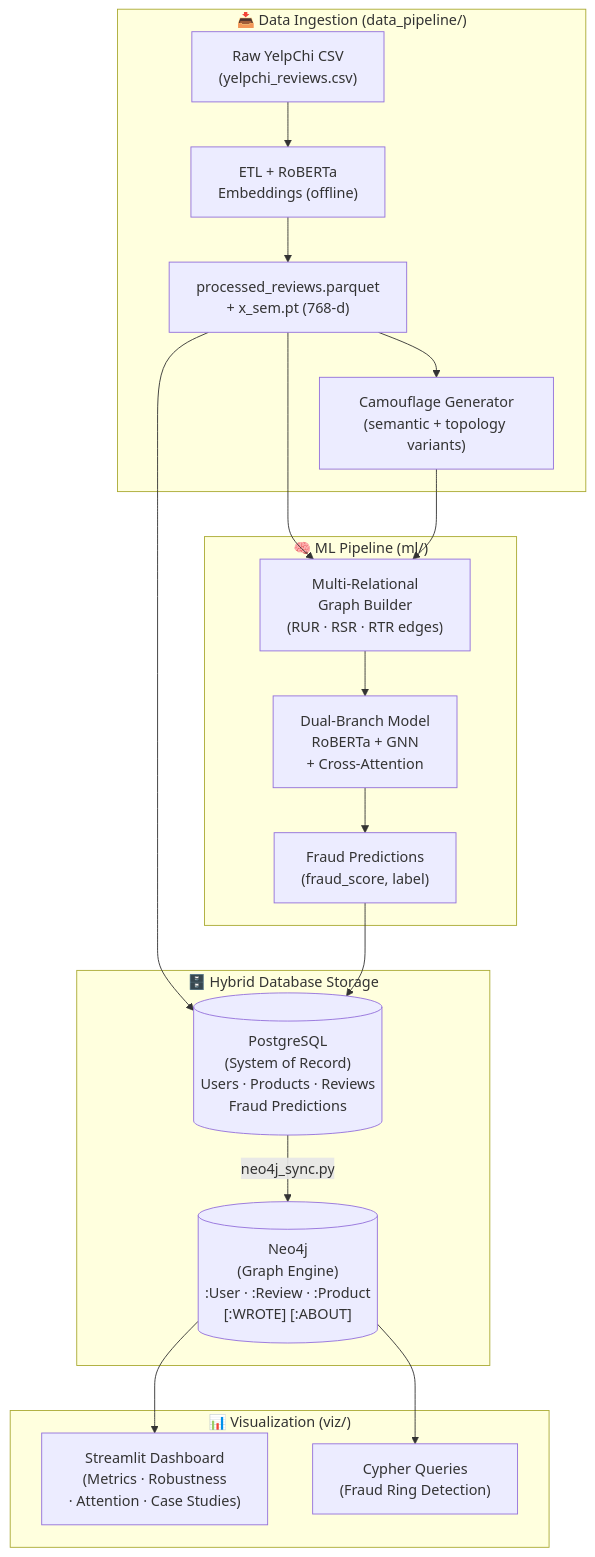
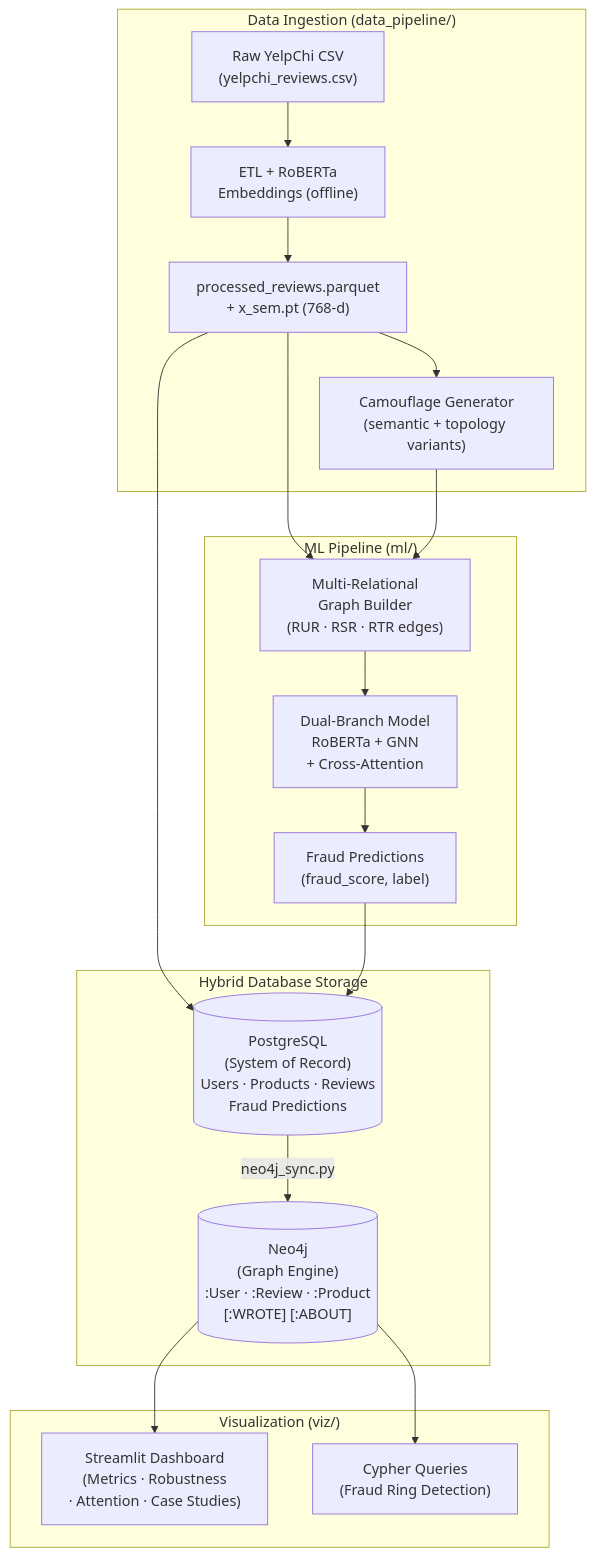
Before and after one commit to Eldo-John-Giby/NeuroGraph-DB: the first of 6 diagrams in README.md, drawn with Mermaid. The commit also changed other lines of this file, not shown here.

````diff
--- a/README.md
+++ b/README.md
@@ -53,35 +53,35 @@
 ```mermaid
 flowchart TD
-    subgraph Ingestion["📥 Data Ingestion (data_pipeline/)"]
+    subgraph Ingestion["Data Ingestion (data_pipeline/)"]
         A["Raw YelpChi CSV\n(yelpchi_reviews.csv)"]
         B["ETL + RoBERTa\nEmbeddings (offline)"]
         C["processed_reviews.parquet\n+ x_sem.pt (768-d)"]
         D["Camouflage Generator\n(semantic + topology variants)"]
         A --> B --> C --> D
     end
 
-    subgraph Storage["🗄️ Hybrid Database Storage"]
+    subgraph Storage["Hybrid Database Storage"]
         E[("PostgreSQL\n(System of Record)\nUsers · Products · Reviews\nFraud Predictions")]
         F[("Neo4j\n(Graph Engine)\n:User · :Review · :Product\n[:WROTE] [:ABOUT]")]
         E -->|"neo4j_sync.py"| F
     end
 
-    subgraph ML["🧠 ML Pipeline (ml/)"]
+    subgraph ML["ML Pipeline (ml/)"]
         G["Multi-Relational\nGraph Builder\n(RUR · RSR · RTR edges)"]
         H["Dual-Branch Model\nRoBERTa + GNN\n+ Cross-Attention"]
         I["Fraud Predictions\n(fraud_score, label)"]
         G --> H --> I
     end
 
-    subgraph Viz["📊 Visualization (viz/)"]
+    subgraph Viz["Visualization (viz/)"]
         J["Streamlit Dashboard\n(Metrics · Robustness\n· Attention · Case Studies)"]
         K["Cypher Queries\n(Fraud Ring Detection)"]
     end
 
     C --> E
     C --> G
     D --> G
     I --> E
     F --> J
     F --> K
 ```
````
